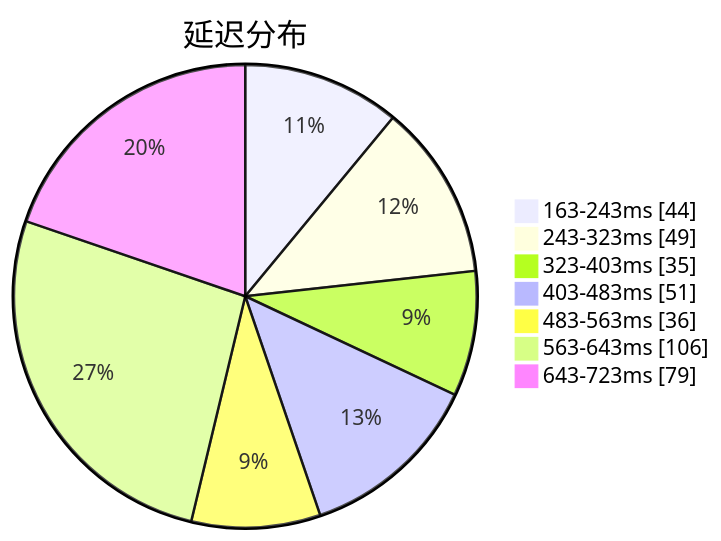
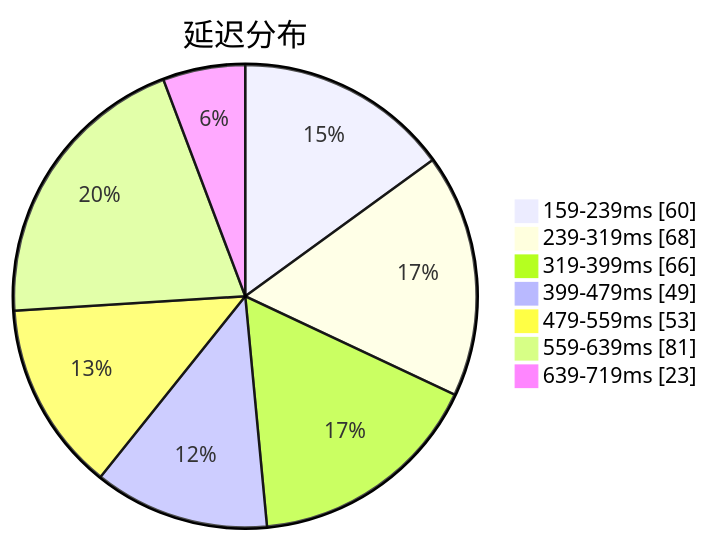
The first of 3 diagrams in subs/statistics/tested_within.md (qjlxg/airport), drawn with Mermaid before and after one commit. The commit also changed other lines of this file and 2 other files, not shown here.

````diff
--- a/subs/statistics/tested_within.md
+++ b/subs/statistics/tested_within.md
@@ -2,11 +2,11 @@
 ```mermaid
 pie showData
 title 延迟分布
-"163-243ms" : 44
-"243-323ms" : 49
-"323-403ms" : 35
-"403-483ms" : 51
-"483-563ms" : 36
-"563-643ms" : 106
-"643-723ms" : 79
+"159-239ms" : 60
+"239-319ms" : 68
+"319-399ms" : 66
+"399-479ms" : 49
+"479-559ms" : 53
+"559-639ms" : 81
+"639-719ms" : 23
 ```
````
